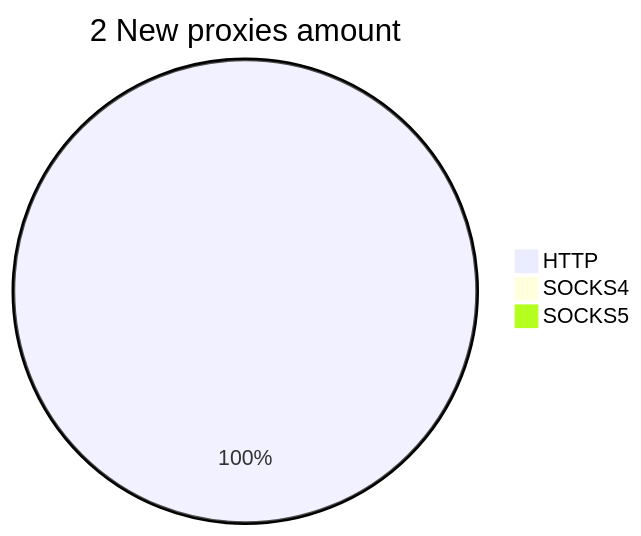
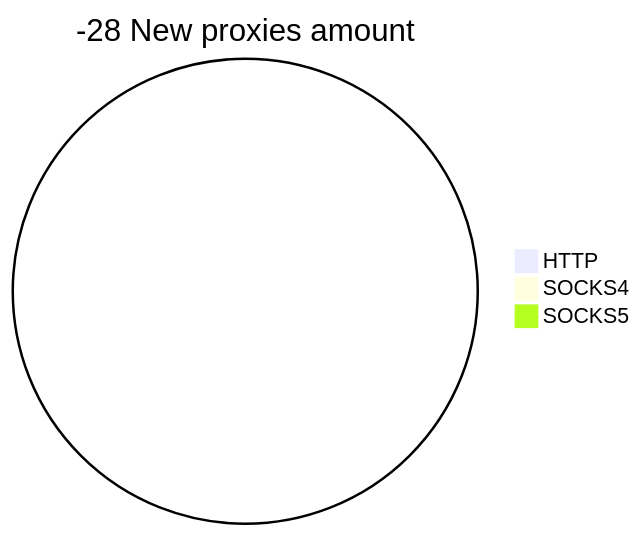
Before and after one commit to cutipu/proxylist: the second of 2 diagrams in README.md, drawn with Mermaid. The commit also changed other lines of this file, not shown here.

````diff
--- a/README.md
+++ b/README.md
@@ -10,6 +10,6 @@
 ```mermaid
-pie title 2 New proxies amount
-    "HTTP" : 2
+pie title -28 New proxies amount
+    "HTTP" : 0
     "SOCKS4" : 0
     "SOCKS5" : 0
 ```
````
